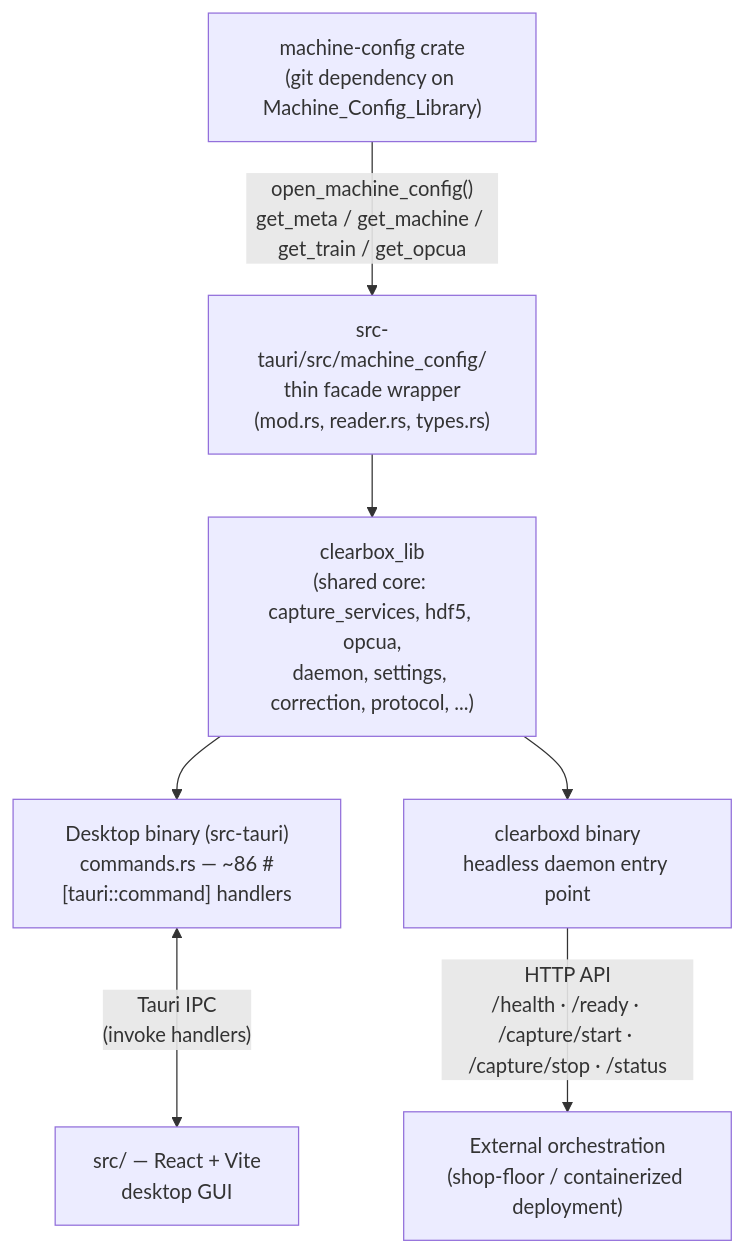
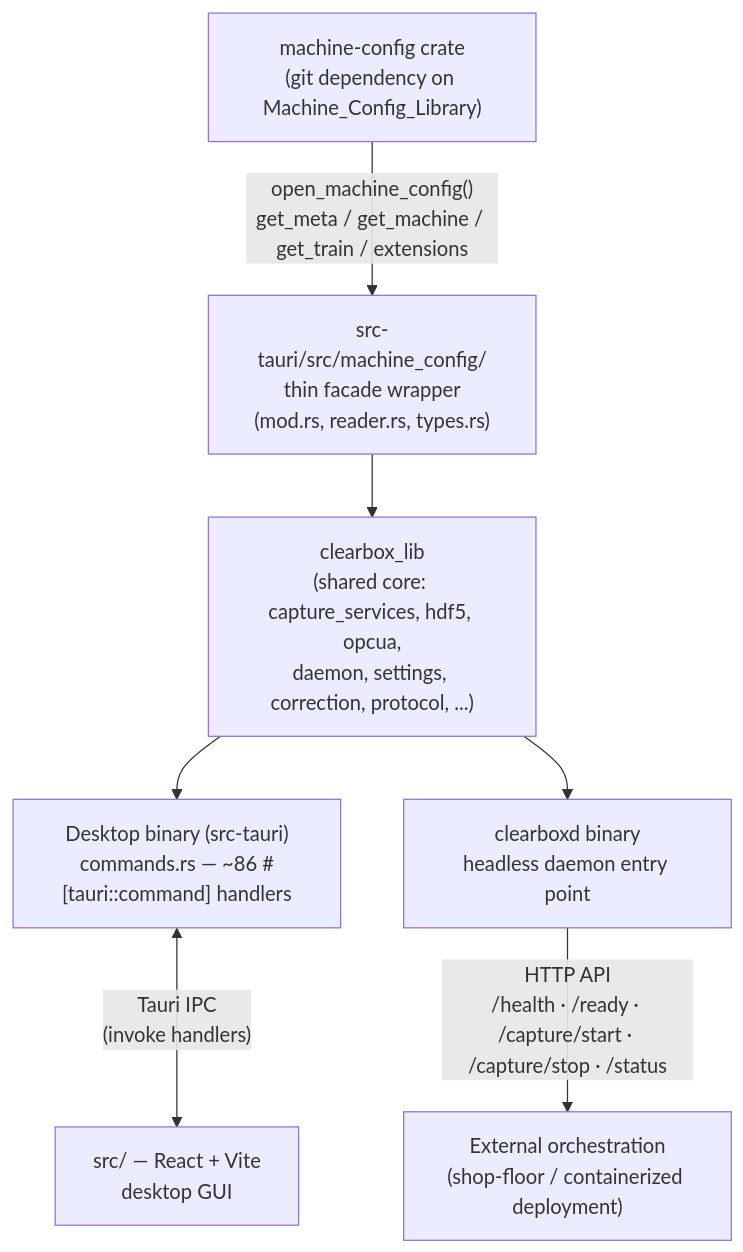
The second of 5 diagrams in docs/architecture-overview.md (Trusted-Metal/Machine_Config_Library), drawn with Mermaid before and after one commit. The commit also changed other lines of this file and 157 other files, not shown here.

Commit message:
chore: Remove OPCUA extension from MCF lib

````diff
--- a/docs/architecture-overview.md
+++ b/docs/architecture-overview.md
@@ -91,13 +91,13 @@
 ```mermaid
 flowchart TD
     MCF["machine-config crate<br/>(git dependency on Machine_Config_Library)"]
-    MCF -->|"open_machine_config()<br/>get_meta / get_machine / get_train / get_opcua"| FACADE["src-tauri/src/machine_config/<br/>thin facade wrapper<br/>(mod.rs, reader.rs, types.rs)"]
+    MCF -->|"open_machine_config()<br/>get_meta / get_machine / get_train / extensions"| FACADE["src-tauri/src/machine_config/<br/>thin facade wrapper<br/>(mod.rs, reader.rs, types.rs)"]
 
     FACADE --> CORE["clearbox_lib<br/>(shared core: capture_services, hdf5, opcua,<br/>daemon, settings, correction, protocol, ...)"]
 
     CORE --> DESKTOP["Desktop binary (src-tauri)<br/>commands.rs — ~86 #[tauri::command] handlers"]
     CORE --> HEADLESS["clearboxd binary<br/>headless daemon entry point"]
 
     DESKTOP <-->|"Tauri IPC<br/>(invoke handlers)"| FRONTEND["src/ — React + Vite<br/>desktop GUI"]
     HEADLESS -->|"HTTP API<br/>/health · /ready · /capture/start · /capture/stop · /status"| ORCH["External orchestration<br/>(shop-floor / containerized deployment)"]
 ```
````
